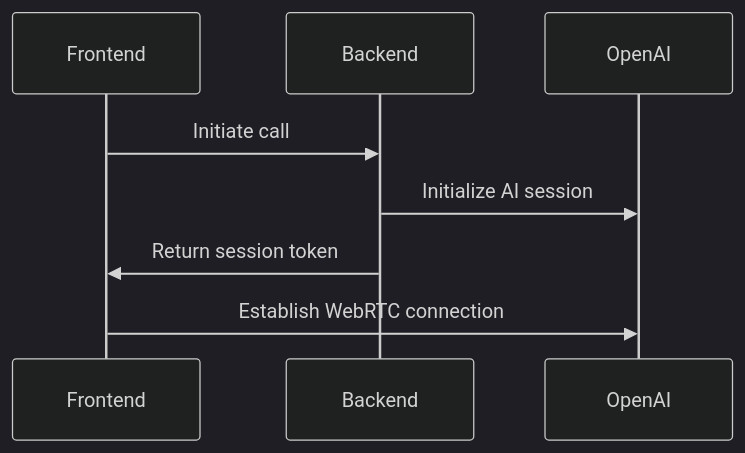
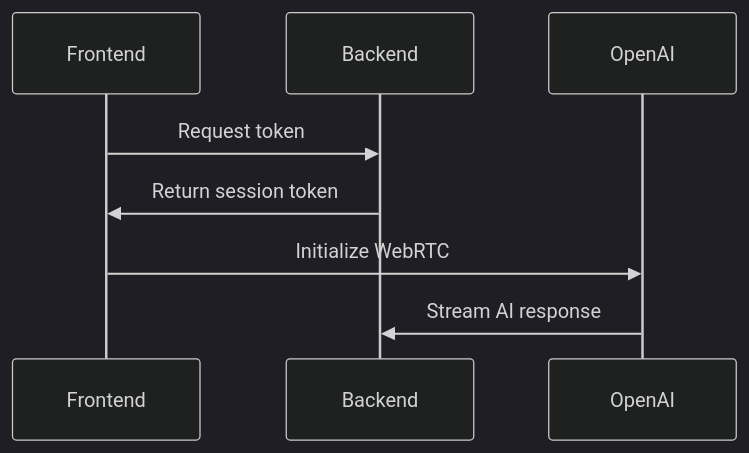
The diagram in docs/architecture.md (xbasset/voxlink), drawn with Mermaid (dark theme) before and after one commit. The commit also changed other lines of this file and 7 other files, not shown here.

Commit message:
Refactor README and architecture documentation to enhance clarity on call workflow and process

````diff
--- a/docs/architecture.md
+++ b/docs/architecture.md
@@ -72,7 +91,8 @@
 ```mermaid
 sequenceDiagram
-Frontend->>Backend: Initiate call
-Backend->>OpenAI: Initialize AI session
-Backend->>Frontend: Return session token
-Frontend->>OpenAI: Establish WebRTC connection
+    Frontend->>Backend: Request token
+    Backend->>Frontend: Return session token
+    Frontend->>OpenAI: Initialize WebRTC
+    OpenAI->>Backend: Stream AI response
+    
 ```
````
